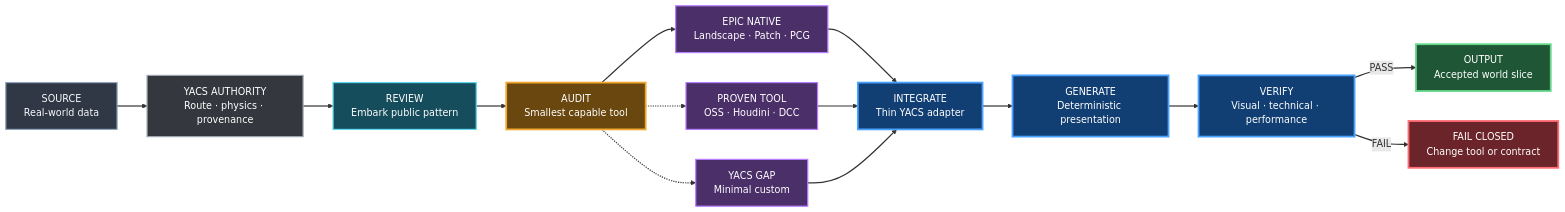
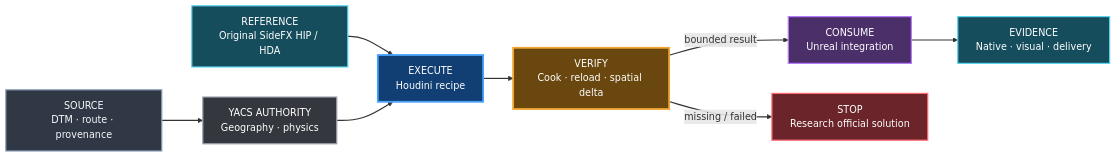
Before and after one commit to karnalooch/YetAnotherCyclingSim: the first of 10 diagrams in docs/WORLD_BUILDING_BIBLE.md, drawn with Mermaid. The commit also changed other lines of this file and 642 other files, not shown here.

First line of the commit message:
feat(worldgen): adopt Houdini-first world authoring pipeline and Sa Calobra terrain

````diff
--- a/docs/WORLD_BUILDING_BIBLE.md
+++ b/docs/WORLD_BUILDING_BIBLE.md
@@ -505,39 +518,25 @@
 ```mermaid
 flowchart LR
-    SRC["SOURCE<br/>Real-world data"] --> AUTH["YACS AUTHORITY<br/>Route · physics · provenance"]
-    AUTH --> EMBARK["REVIEW<br/>Embark public pattern"]
-    EMBARK --> AUDIT["AUDIT<br/>Smallest capable tool"]
-
-    AUDIT --> NATIVE["EPIC NATIVE<br/>Landscape · Patch · PCG"]
-    AUDIT -.-> EXT["PROVEN TOOL<br/>OSS · Houdini · DCC"]
-    AUDIT -.-> CUSTOM["YACS GAP<br/>Minimal custom"]
-
-    NATIVE --> ADAPT["INTEGRATE<br/>Thin YACS adapter"]
-    EXT --> ADAPT
-    CUSTOM --> ADAPT
-
-    ADAPT --> GEN["GENERATE<br/>Deterministic presentation"]
-    GEN --> VERIFY["VERIFY<br/>Visual · technical · performance"]
-    VERIFY -->|"PASS"| WORLD["OUTPUT<br/>Accepted world slice"]
-    VERIFY -->|"FAIL"| FIX["FAIL CLOSED<br/>Change tool or contract"]
-
+    SRC["SOURCE<br/>DTM · route · provenance"] --> AUTH["YACS AUTHORITY<br/>Geography · physics"]
+    LESSON["REFERENCE<br/>Original SideFX HIP / HDA"] --> HOU["EXECUTE<br/>Houdini recipe"]
+    AUTH --> HOU
+    HOU --> CHECK["VERIFY<br/>Cook · reload · spatial delta"]
+    CHECK -->|"bounded result"| UE["CONSUME<br/>Unreal integration"]
+    CHECK -->|"missing / failed"| STOP["STOP<br/>Research official solution"]
+    UE --> PROOF["EVIDENCE<br/>Native · visual · delivery"]
     classDef input fill:#303846,stroke:#8ea1b8,color:#f7f9fc,stroke-width:2px;
     classDef exec fill:#123f73,stroke:#49a2ff,color:#ffffff,stroke-width:3px;
     classDef tool fill:#4b2f69,stroke:#b77cff,color:#ffffff,stroke-width:2px;
     classDef decision fill:#69470e,stroke:#f0a72f,color:#ffffff,stroke-width:3px;
-    classDef success fill:#1f5736,stroke:#63d889,color:#ffffff,stroke-width:3px;
-    classDef danger fill:#6b2429,stroke:#ff6b73,color:#ffffff,stroke-width:3px;
+    classDef danger fill:#6b2429,stroke:#ff6b73,color:#ffffff,stroke-width:2px;
     classDef owned fill:#34373d,stroke:#9da4ae,color:#ffffff,stroke-width:2px;
     classDef evidence fill:#164d5c,stroke:#5bd6ef,color:#ffffff,stroke-width:2px;
-
     class SRC input;
     class AUTH owned;
-    class EMBARK evidence;
-    class AUDIT decision;
-    class NATIVE,EXT,CUSTOM tool;
-    class ADAPT,GEN,VERIFY exec;
-    class WORLD success;
-    class FIX danger;
-
+    class LESSON,PROOF evidence;
+    class HOU exec;
+    class CHECK decision;
+    class UE tool;
+    class STOP danger;
     linkStyle default stroke-width:2px;
 ```
````
